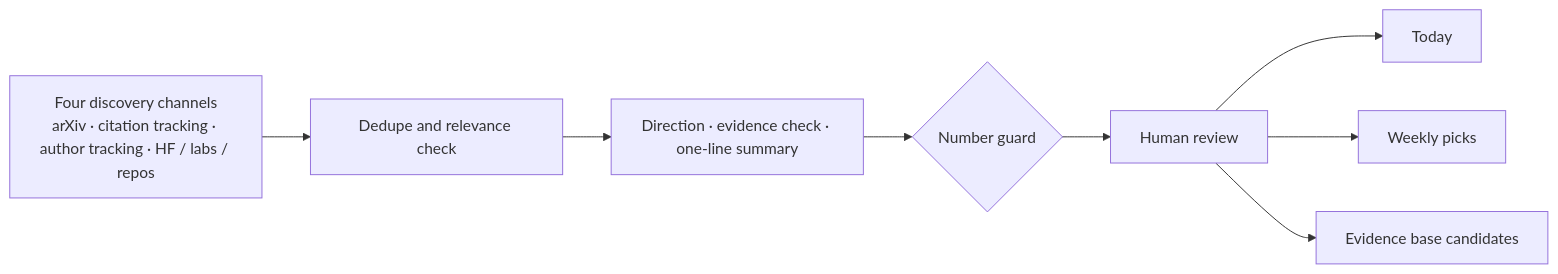
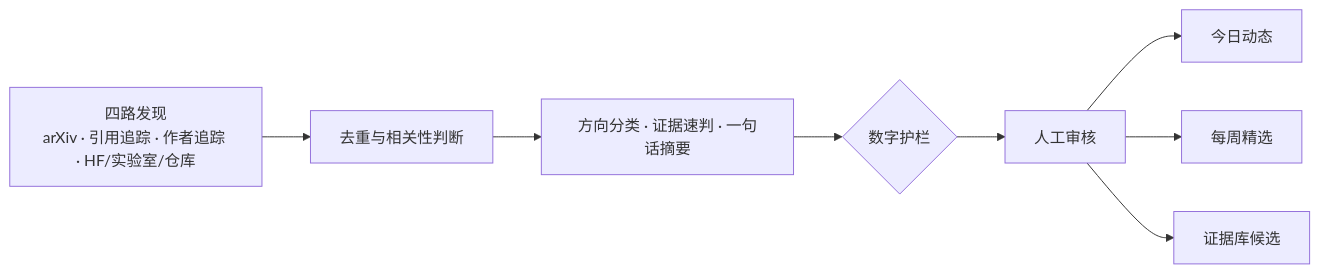
The diagram in README.md (adongwanai/follow-rsi), drawn with Mermaid before and after one commit. The commit also changed other lines of this file and 6 other files, not shown here.

````diff
--- a/README.md
+++ b/README.md
@@ -367,10 +367,10 @@
 ```mermaid
 flowchart LR
-  A["Four discovery channels<br/>arXiv · citation tracking · author tracking · HF / labs / repos"] --> B["Dedupe and relevance check"]
-  B --> C["Direction · evidence check · one-line summary"]
-  C --> D{"Number guard"}
-  D --> F["Human review"]
-  F --> E["Today"]
-  F --> G["Weekly picks"]
-  F --> H["Evidence base candidates"]
+  A["四路发现<br/>arXiv · 引用追踪 · 作者追踪 · HF/实验室/仓库"] --> B["去重与相关性判断"]
+  B --> C["方向分类 · 证据速判 · 一句话摘要"]
+  C --> D{"数字护栏"}
+  D --> F["人工审核"]
+  F --> E["今日动态"]
+  F --> G["每周精选"]
+  F --> H["证据库候选"]
 ```
````
